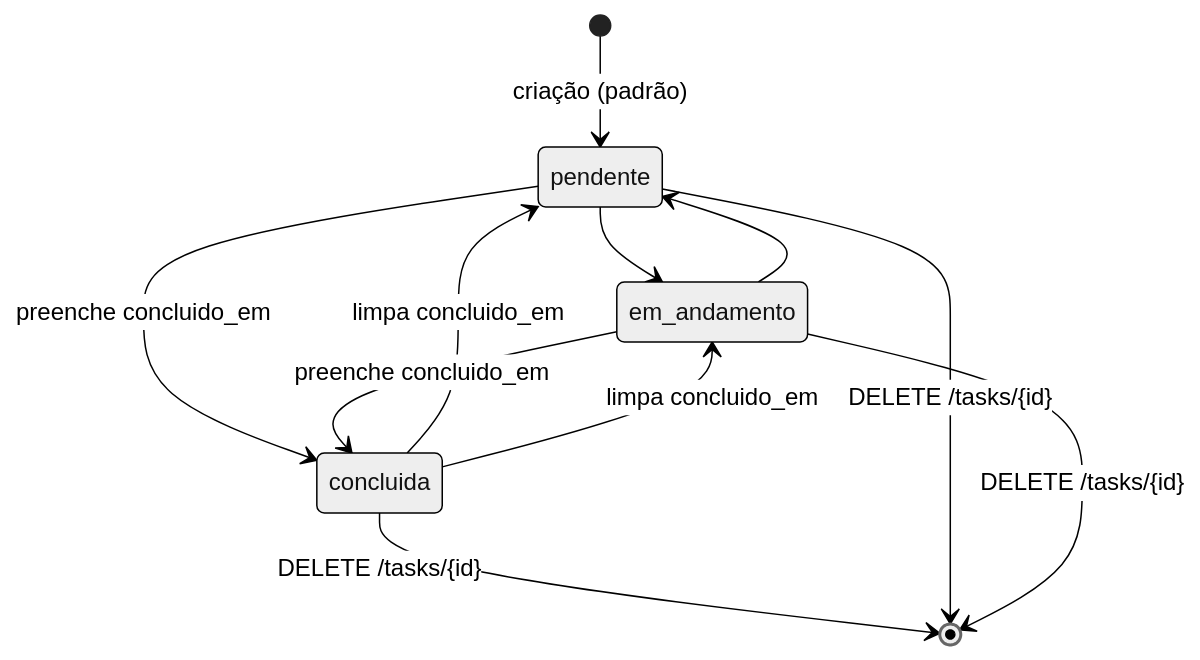
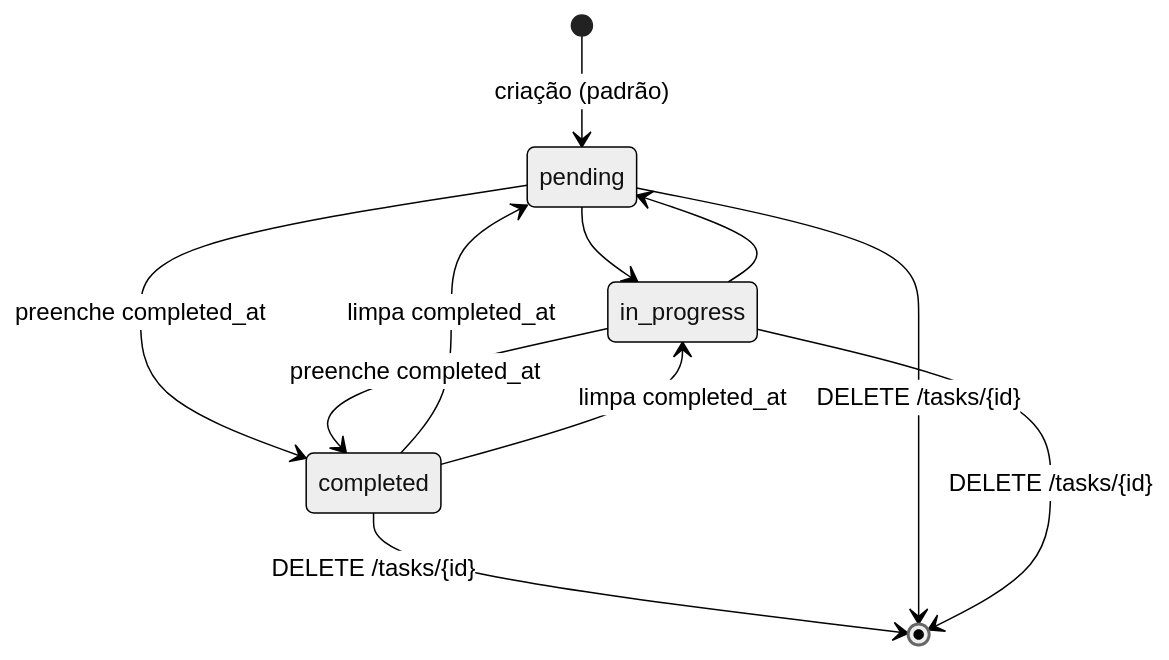
The sixth of 6 diagrams in docs/04-mermaid.md (leandrobecker-home/TasksAPI), drawn with Mermaid (neutral theme) before and after one commit. The commit also changed other lines of this file and 3 other files, not shown here.

````diff
--- a/docs/04-mermaid.md
+++ b/docs/04-mermaid.md
@@ -169,13 +169,13 @@
 ```mermaid
 stateDiagram-v2
-    [*] --> pendente: criação (padrão)
-    pendente --> em_andamento
-    em_andamento --> pendente
-    pendente --> concluida: preenche concluido_em
-    em_andamento --> concluida: preenche concluido_em
-    concluida --> pendente: limpa concluido_em
-    concluida --> em_andamento: limpa concluido_em
-    concluida --> [*]: DELETE /tasks/{id}
-    pendente --> [*]: DELETE /tasks/{id}
-    em_andamento --> [*]: DELETE /tasks/{id}
+    [*] --> pending: criação (padrão)
+    pending --> in_progress
+    in_progress --> pending
+    pending --> completed: preenche completed_at
+    in_progress --> completed: preenche completed_at
+    completed --> pending: limpa completed_at
+    completed --> in_progress: limpa completed_at
+    completed --> [*]: DELETE /tasks/{id}
+    pending --> [*]: DELETE /tasks/{id}
+    in_progress --> [*]: DELETE /tasks/{id}
 ```
````
